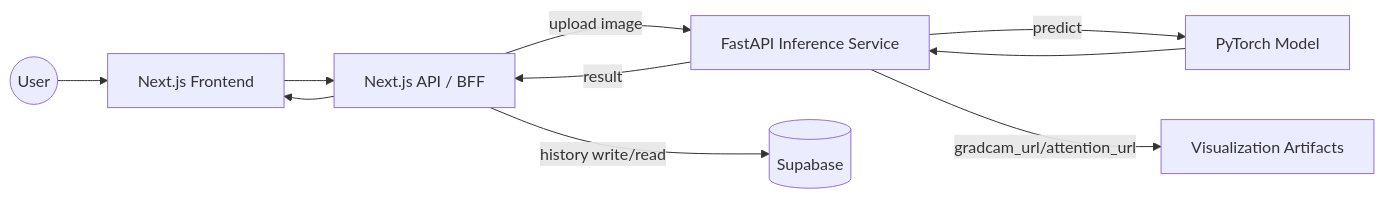
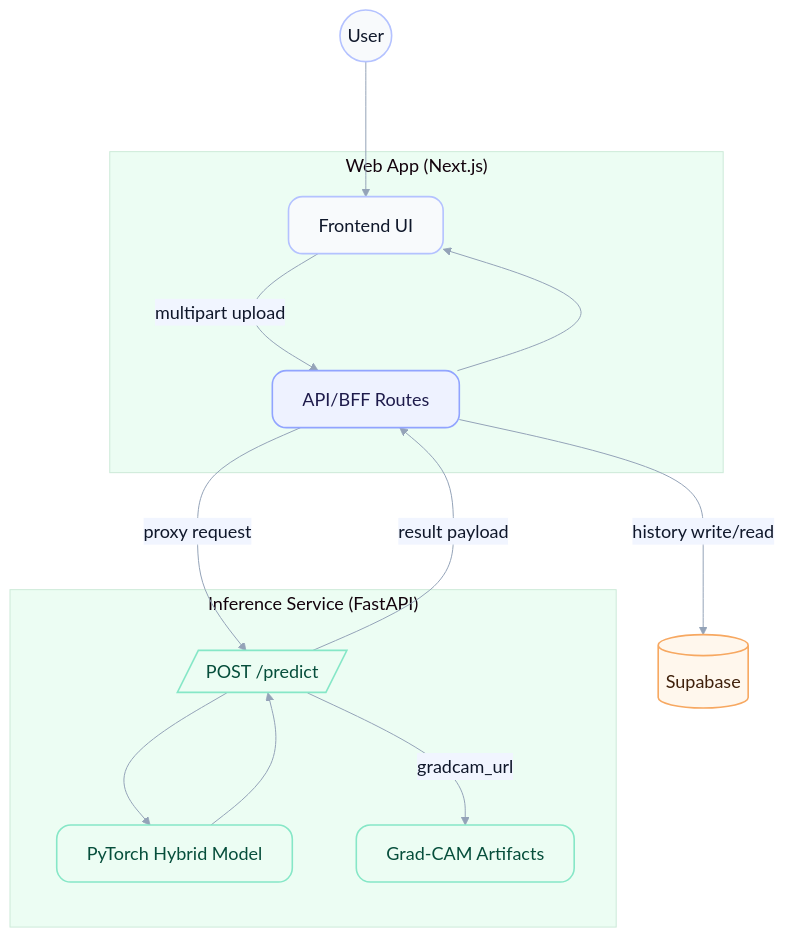
One commit to autism-ip/ClarifyLung-AI changed the diagram in README.md. Above: the diagram before and after it, drawn with Mermaid. The commit also changed other lines of this file and 1 other file, not shown here.

Commit message:
On branch main  Changes to be committed: 	modified:   README.md 	modified:   src/app/api/inference/route.ts

````diff
--- a/README.md
+++ b/README.md
@@ -7,20 +12,32 @@
 ```mermaid
-flowchart LR
-  user((User))
-  fe[Next.js Frontend]
-  bff[Next.js API / BFF]
-  infer[FastAPI Inference Service]
-  model[PyTorch Model]
-  vis[Visualization Artifacts]
-  supabase[(Supabase)]
+%%{init: {'theme': 'base', 'themeVariables': { 'fontSize': '18px', 'nodePadding': 26, 'clusterPadding': 24, 'lineColor': '#94A3B8', 'primaryColor': '#F8FAFC', 'primaryTextColor': '#0F172A', 'primaryBorderColor': '#CBD5F5', 'secondaryColor': '#F1F5FF', 'tertiaryColor': '#ECFDF3' }, 'flowchart': { 'nodeSpacing': 64, 'rankSpacing': 90, 'curve': 'basis' }}}%%
+flowchart TB
+  classDef client fill:#F8FAFC,stroke:#B4C2FF,stroke-width:1.6px,color:#0F172A,rx:14,ry:14;
+  classDef api fill:#EEF2FF,stroke:#91A4FF,stroke-width:1.6px,color:#1E1B4B,rx:14,ry:14;
+  classDef svc fill:#ECFDF3,stroke:#86E7C7,stroke-width:1.6px,color:#064E3B,rx:14,ry:14;
+  classDef data fill:#FFF7ED,stroke:#F7A861,stroke-width:1.6px,color:#3F200B,rx:14,ry:14;
+
+  user((User)):::client
+  subgraph Web["Web App (Next.js)"]
+    fe[Frontend UI]:::client
+    bff[API/BFF Routes]:::api
+  end
+
+  subgraph Inference["Inference Service (FastAPI)"]
+    infer[/POST /predict/]:::svc
+    model[PyTorch Hybrid Model]:::svc
+    vis[Grad-CAM Artifacts]:::svc
+  end
+
+  supabase[(Supabase)]:::data
 
   user --> fe
-  fe --> bff
-  bff -->|upload image| infer
-  infer -->|predict| model
+  fe -->|multipart upload| bff
+  bff -->|proxy request| infer
+  infer --> model
   model --> infer
-  infer -->|gradcam_url/attention_url| vis
-  infer -->|result| bff
+  infer -->|gradcam_url| vis
+  infer -->|result payload| bff
   bff -->|history write/read| supabase
   bff --> fe
 ```
````
